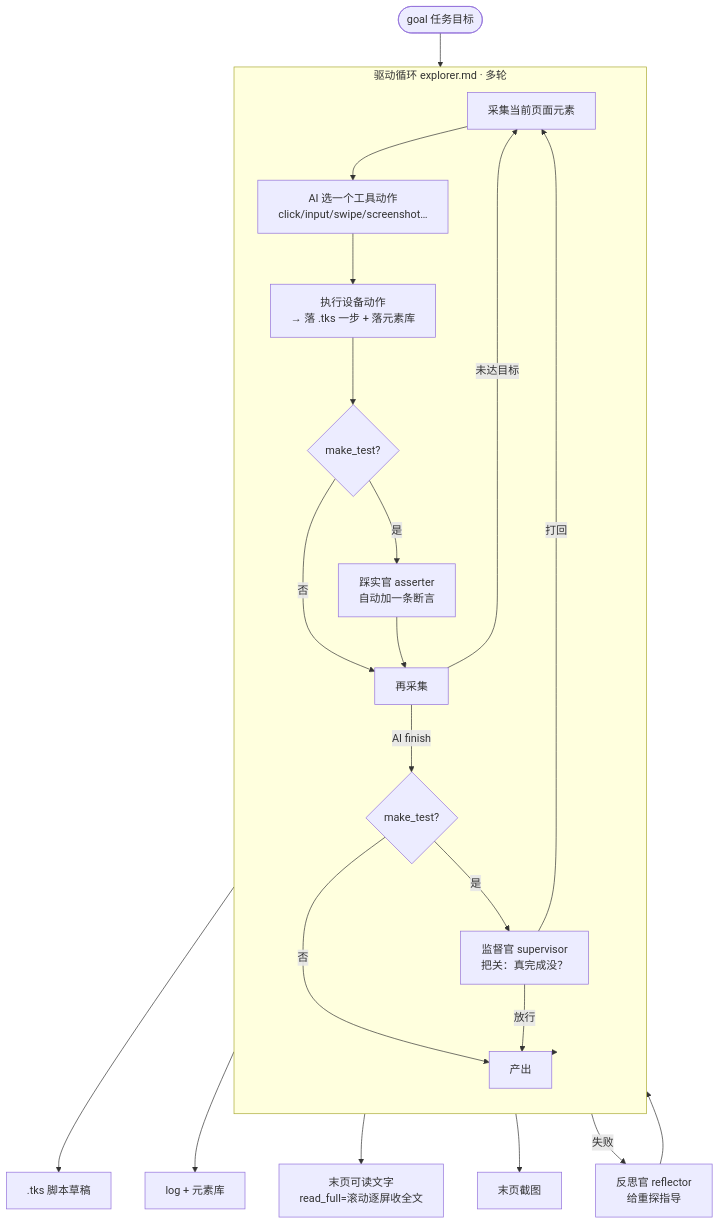
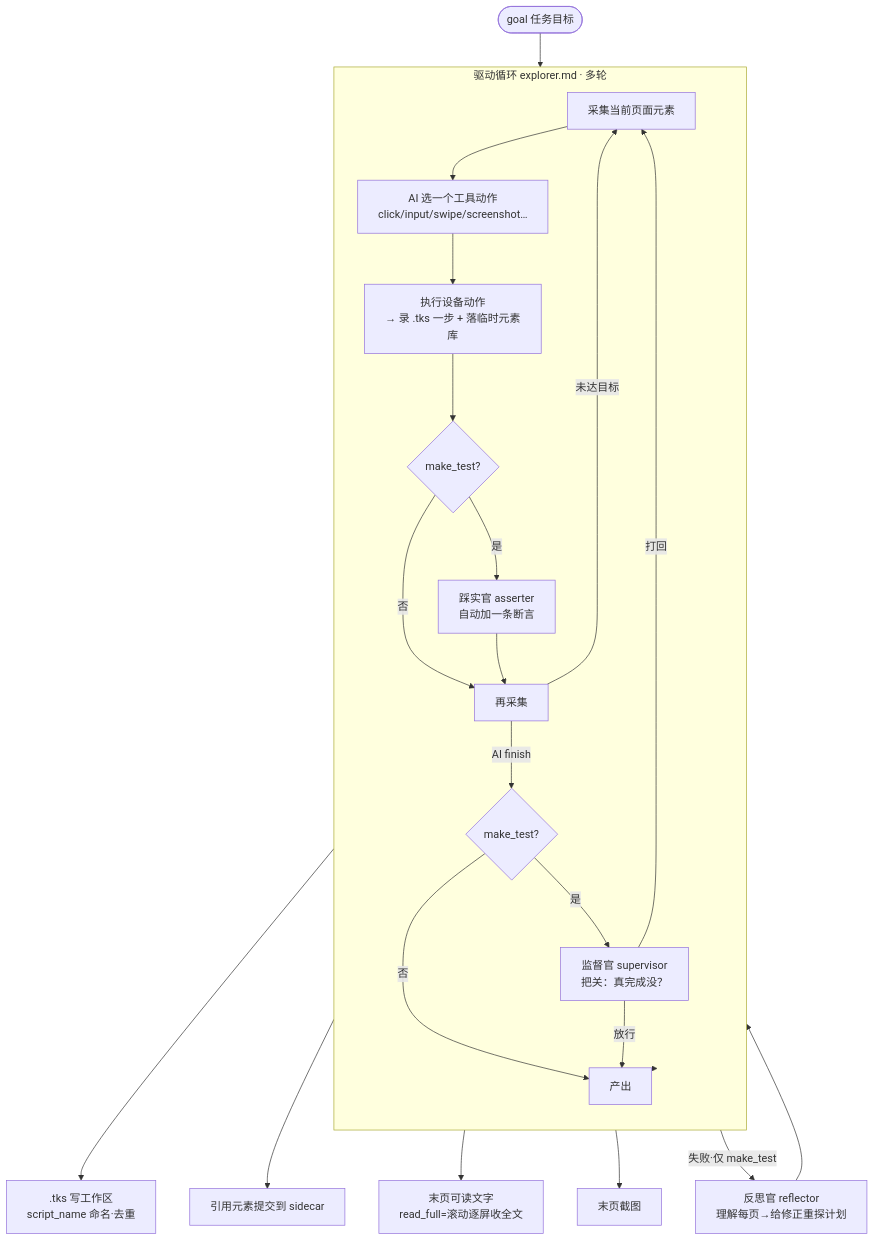
One commit to bwan3150/test-toolkit-studio changed the second of 2 diagrams in bin-proj/toolkit-engine/docs/tke-flow.md. Above: the diagram before and after it, drawn with Mermaid. The commit also changed other lines of this file and 1 other file, not shown here.

````diff
--- a/bin-proj/toolkit-engine/docs/tke-flow.md
+++ b/bin-proj/toolkit-engine/docs/tke-flow.md
@@ -45,28 +50,25 @@
 ```mermaid
 flowchart TD
     G([goal 任务目标]) --> D
-
     subgraph D[驱动循环 explorer.md · 多轮]
       direction TB
       C[采集当前页面元素] --> A[AI 选一个工具动作<br/>click/input/swipe/screenshot…]
-      A --> X[执行设备动作<br/>→ 落 .tks 一步 + 落元素库]
+      A --> X[执行设备动作<br/>→ 录 .tks 一步 + 落临时元素库]
       X --> CK{make_test?}
       CK -->|是| AS[踩实官 asserter<br/>自动加一条断言]
-      CK -->|否| C2
-      AS --> C2[再采集]
+      CK -->|否| C2[再采集]
+      AS --> C2
       C2 -->|未达目标| C
       C2 -->|AI finish| FCK{make_test?}
       FCK -->|是| SUP[监督官 supervisor<br/>把关：真完成没？]
       FCK -->|否| OUT
       SUP -->|放行| OUT
       SUP -->|打回| C
     end
-
-    D -->|失败| RF[反思官 reflector<br/>给重探指导] --> D
+    D -->|失败·仅 make_test| RF[反思官 reflector<br/>理解每页→给修正重探计划] --> D
     D --> OUT[产出]
-
-    OUT --> R1[.tks 脚本草稿]
-    OUT --> R2[log + 元素库]
-    OUT --> R3[末页可读文字<br/>read_full=滚动逐屏收全文]
-    OUT --> R4[末页截图]
+    OUT --> W1[.tks 写工作区<br/>script_name 命名·去重]
+    OUT --> W2[引用元素提交到 sidecar]
+    OUT --> W3[末页可读文字<br/>read_full=滚动逐屏收全文]
+    OUT --> W4[末页截图]
 ```
````
